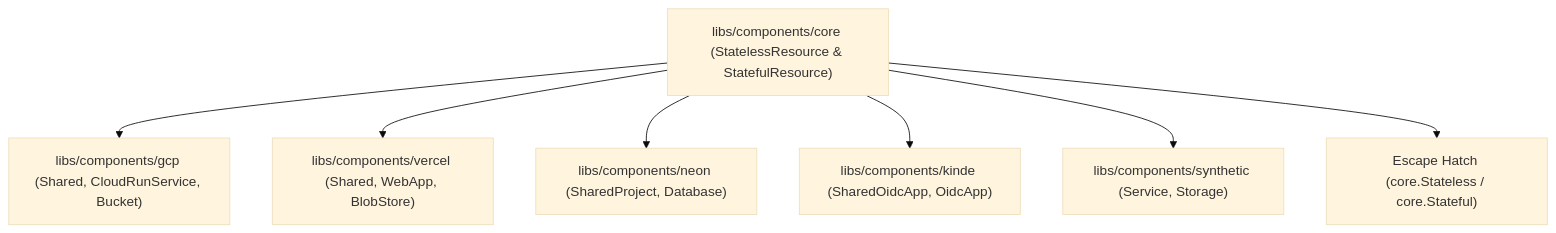
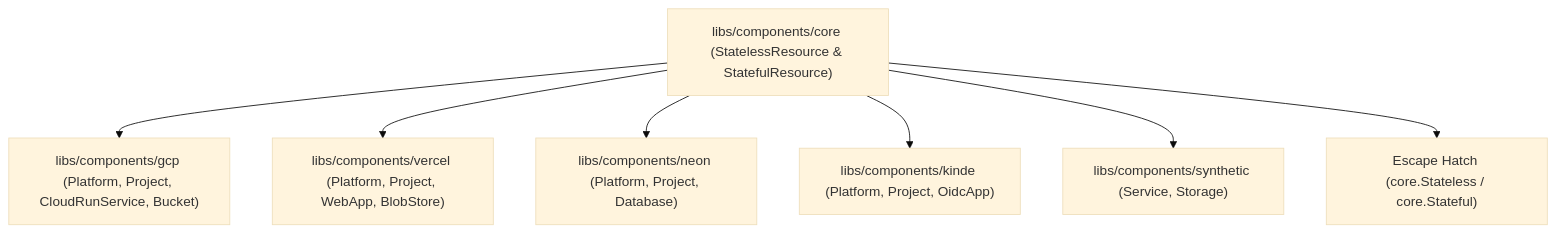
The first of 2 diagrams in docs/architecture/resources.md (cloudvoyant/openbase), drawn with Mermaid (base theme) before and after one commit. The commit also changed other lines of this file and 61 other files, not shown here.

Commit message:
refactor(components): adopt Platform, Project, and Environment hierarchy

````diff
--- a/docs/architecture/resources.md
+++ b/docs/architecture/resources.md
@@ -27,9 +27,9 @@
 ```mermaid
 flowchart TD
-  Core["libs/components/core (StatelessResource & StatefulResource)"] --> GCP["libs/components/gcp (Shared, CloudRunService, Bucket)"]
-  Core --> Vercel["libs/components/vercel (Shared, WebApp, BlobStore)"]
-  Core --> Neon["libs/components/neon (SharedProject, Database)"]
-  Core --> Kinde["libs/components/kinde (SharedOidcApp, OidcApp)"]
+  Core["libs/components/core (StatelessResource & StatefulResource)"] --> GCP["libs/components/gcp (Platform, Project, CloudRunService, Bucket)"]
+  Core --> Vercel["libs/components/vercel (Platform, Project, WebApp, BlobStore)"]
+  Core --> Neon["libs/components/neon (Platform, Project, Database)"]
+  Core --> Kinde["libs/components/kinde (Platform, Project, OidcApp)"]
   Core --> Syn["libs/components/synthetic (Service, Storage)"]
   Core --> Custom["Escape Hatch (core.Stateless / core.Stateful)"]
 ```
````
